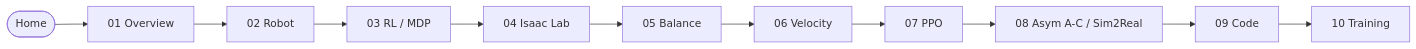
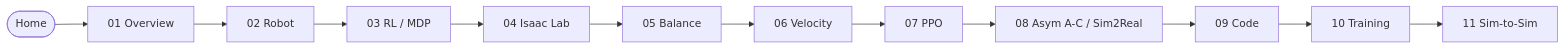
The first of 2 diagrams in docs/wiki/Home.md (MickyasTA/wheeled_quadruped_robot), drawn with Mermaid before and after one commit. The commit also changed other lines of this file and 4 other files, not shown here.

````diff
--- a/docs/wiki/Home.md
+++ b/docs/wiki/Home.md
@@ -36,6 +37,6 @@
 ```mermaid
 flowchart LR
     H([Home]) --> P1[01 Overview] --> P2[02 Robot] --> P3[03 RL / MDP] --> P4[04 Isaac Lab]
     P4 --> P5[05 Balance] --> P6[06 Velocity] --> P7[07 PPO]
-    P7 --> P8[08 Asym A-C / Sim2Real] --> P9[09 Code] --> P10[10 Training]
+    P7 --> P8[08 Asym A-C / Sim2Real] --> P9[09 Code] --> P10[10 Training] --> P11[11 Sim-to-Sim]
 ```
````
